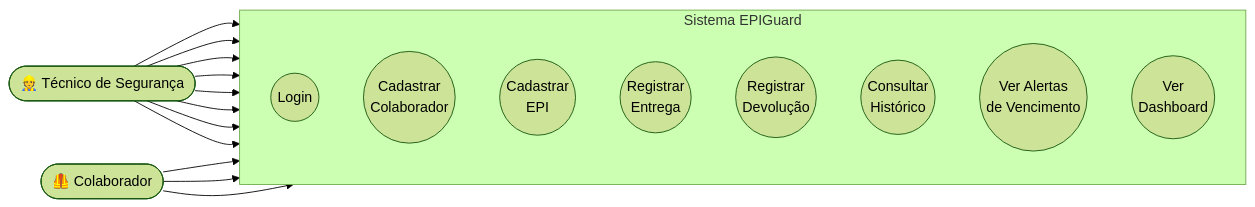
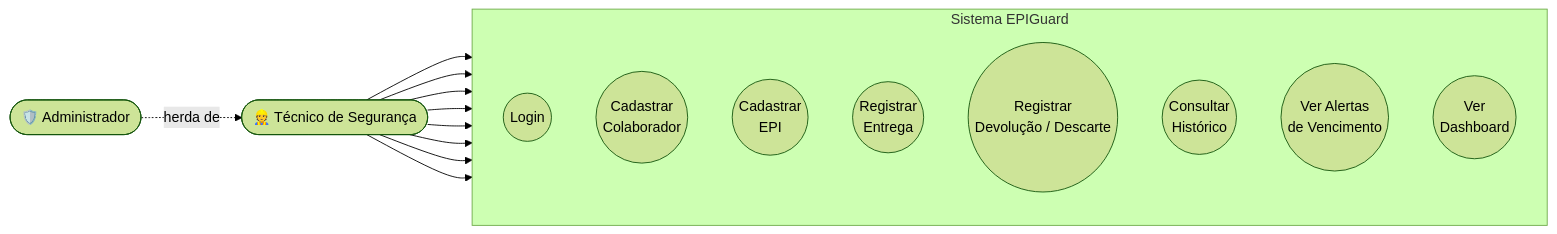
One commit to Tibin05/epiguard changed the diagram in docs/diagramas/caso-de-uso.md. Above: the diagram before and after it, drawn with Mermaid (forest theme). The commit also changed other lines of this file and 15 other files, not shown here.

````diff
--- a/docs/diagramas/caso-de-uso.md
+++ b/docs/diagramas/caso-de-uso.md
@@ -11,29 +19,27 @@
 ```mermaid
 flowchart LR
   Tecnico(["👷 Técnico de Segurança"])
-  Colaborador(["🦺 Colaborador"])
+  Admin(["🛡️ Administrador"])
 
   subgraph Sistema["Sistema EPIGuard"]
     direction TB
     UC1(("Login"))
     UC2(("Cadastrar\nColaborador"))
     UC3(("Cadastrar\nEPI"))
     UC4(("Registrar\nEntrega"))
-    UC5(("Registrar\nDevolução"))
+    UC5(("Registrar\nDevolução / Descarte"))
     UC6(("Consultar\nHistórico"))
     UC7(("Ver Alertas\nde Vencimento"))
     UC8(("Ver\nDashboard"))
   end
 
+  Admin -. herda de .-> Tecnico
   Tecnico --> UC1
   Tecnico --> UC2
   Tecnico --> UC3
   Tecnico --> UC4
   Tecnico --> UC5
   Tecnico --> UC6
   Tecnico --> UC7
   Tecnico --> UC8
-  Colaborador --> UC1
-  Colaborador --> UC4
-  Colaborador --> UC6
 ```
````
